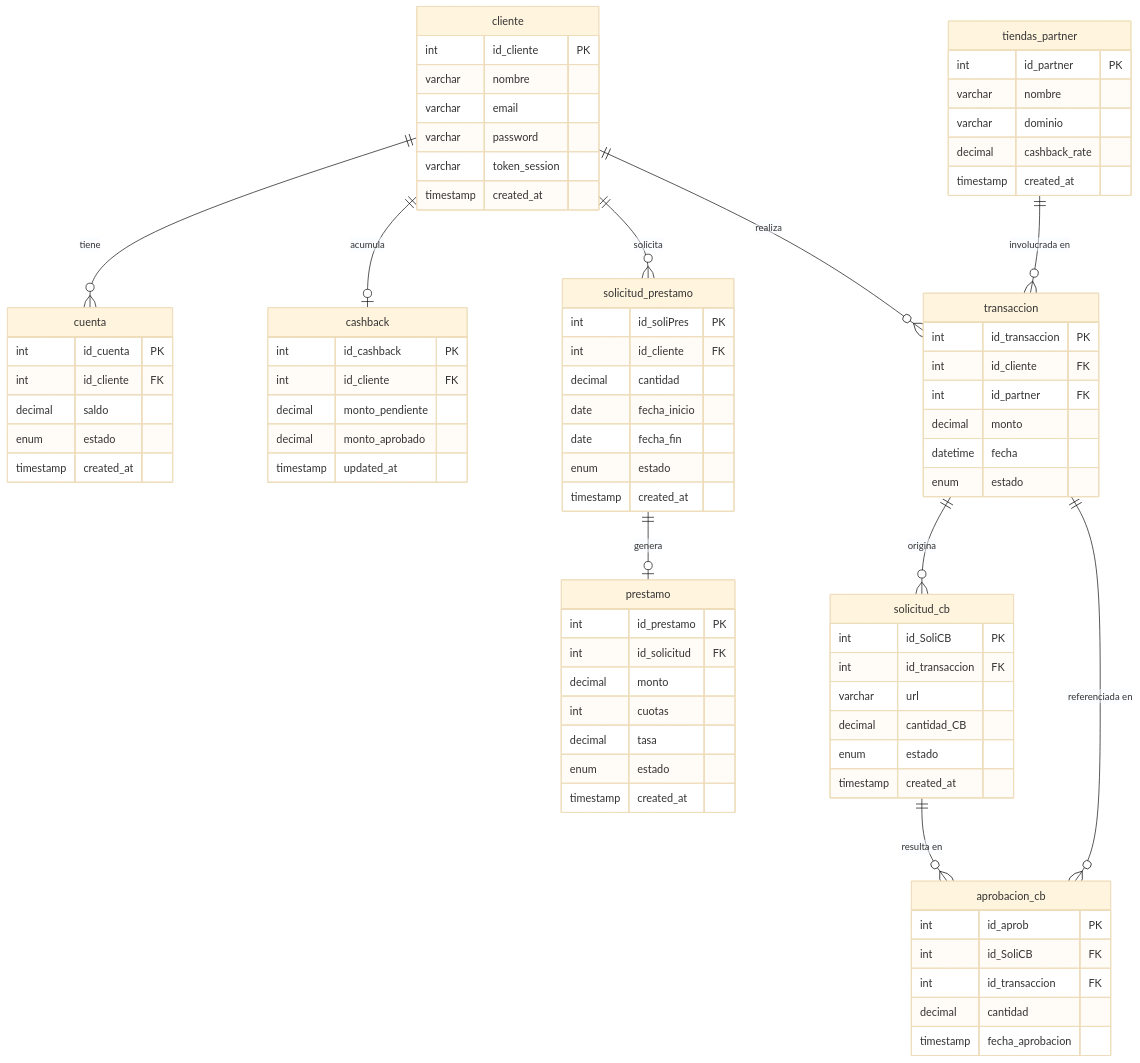
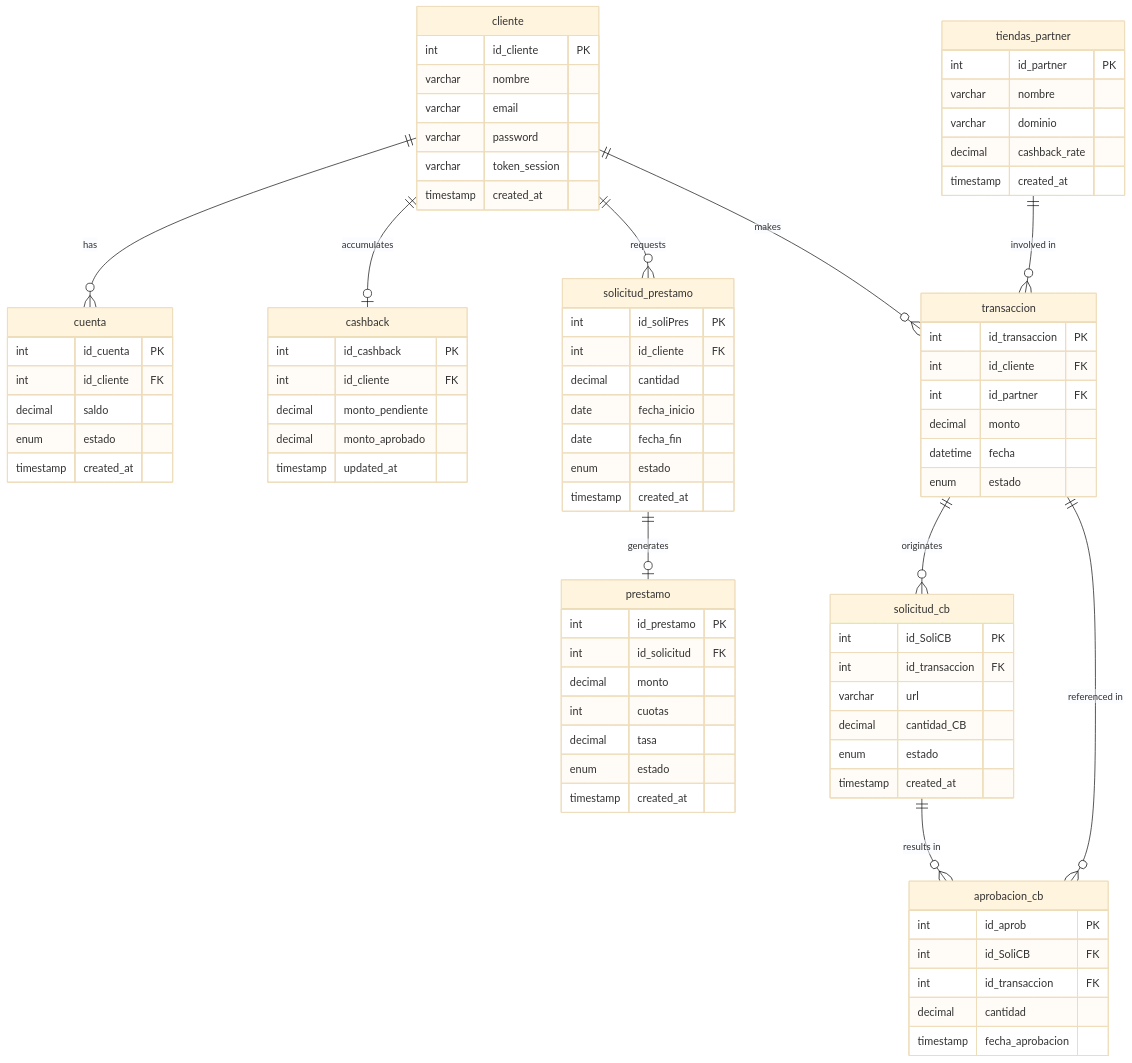
One commit to AaronHero03/REST_API_Kueski changed the diagram in docs/DATABASE.md. Above: the diagram before and after it, drawn with Mermaid (base theme). The commit also changed other lines of this file and 4 other files, not shown here.

Commit message:
Refactor documentation: Update AUTH.md for clarity on JWT usage; enhance DATABASE.md with detailed table descriptions; create ARCHITECTURE.md and ENDPOINTS.md for comprehensive API structure and endpoint reference; add SETUP.md for local setup instructions.

````diff
--- a/docs/DATABASE.md
+++ b/docs/DATABASE.md
@@ -79,13 +79,13 @@
         timestamp fecha_aprobacion
     }
 
-    cliente ||--o{ cuenta : "tiene"
-    cliente ||--o| cashback : "acumula"
-    cliente ||--o{ solicitud_prestamo : "solicita"
-    solicitud_prestamo ||--o| prestamo : "genera"
-    cliente ||--o{ transaccion : "realiza"
-    tiendas_partner ||--o{ transaccion : "involucrada en"
-    transaccion ||--o{ solicitud_cb : "origina"
-    solicitud_cb ||--o{ aprobacion_cb : "resulta en"
-    transaccion ||--o{ aprobacion_cb : "referenciada en"
+    cliente ||--o{ cuenta : "has"
+    cliente ||--o| cashback : "accumulates"
+    cliente ||--o{ solicitud_prestamo : "requests"
+    solicitud_prestamo ||--o| prestamo : "generates"
+    cliente ||--o{ transaccion : "makes"
+    tiendas_partner ||--o{ transaccion : "involved in"
+    transaccion ||--o{ solicitud_cb : "originates"
+    solicitud_cb ||--o{ aprobacion_cb : "results in"
+    transaccion ||--o{ aprobacion_cb : "referenced in"
 ```
````
